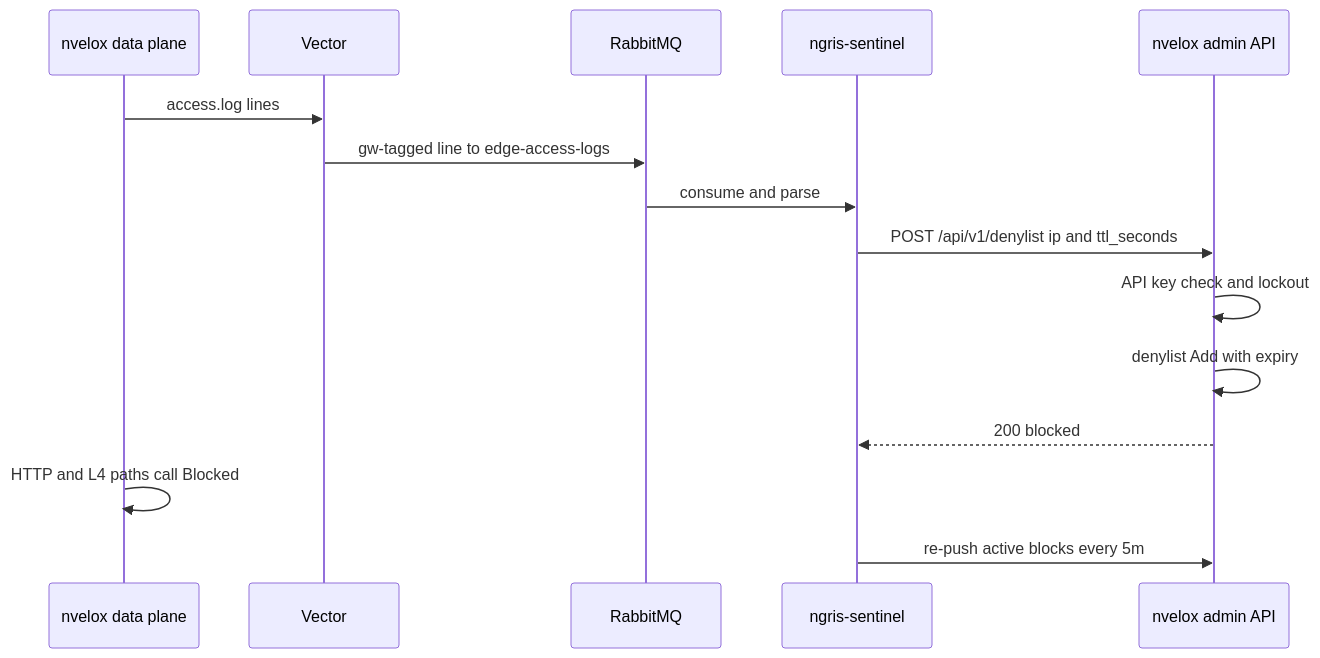
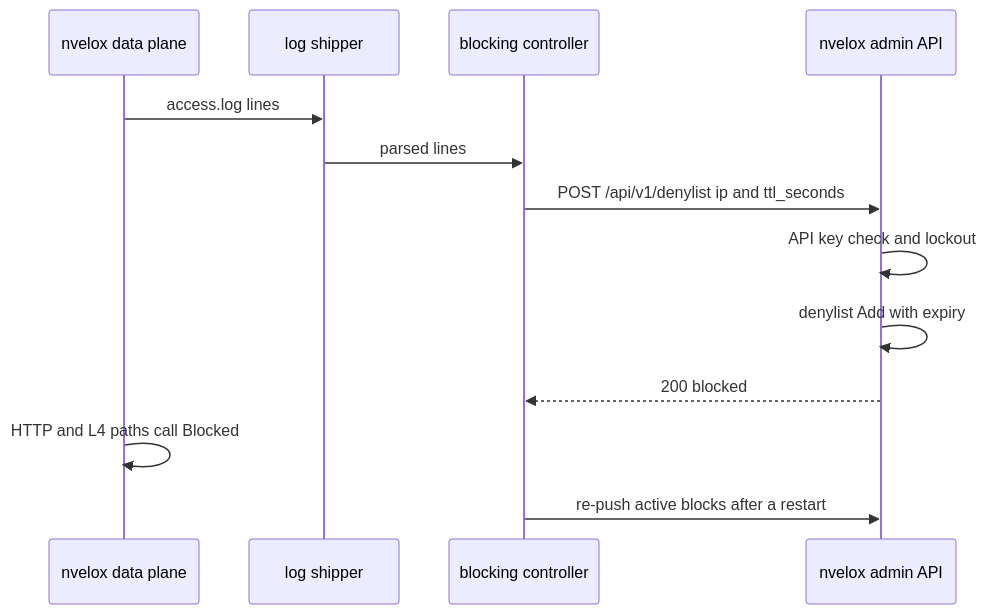
One commit to nvelox/nvelox changed the sixth of 6 diagrams in docs/ARCHITECTURE.md. Above: the diagram before and after it, drawn with Mermaid. The commit also changed other lines of this file and 20 other files, not shown here.

````diff
--- a/docs/ARCHITECTURE.md
+++ b/docs/ARCHITECTURE.md
@@ -249,17 +224,15 @@
 ```mermaid
 sequenceDiagram
   participant N as nvelox data plane
-  participant V as Vector
-  participant Q as RabbitMQ
-  participant S as ngris-sentinel
+  participant V as log shipper
+  participant S as blocking controller
   participant A as nvelox admin API
   N->>V: access.log lines
-  V->>Q: gw-tagged line to edge-access-logs
-  Q->>S: consume and parse
+  V->>S: parsed lines
   S->>A: POST /api/v1/denylist ip and ttl_seconds
   A->>A: API key check and lockout
   A->>A: denylist Add with expiry
   A-->>S: 200 blocked
   N->>N: HTTP and L4 paths call Blocked
-  S->>A: re-push active blocks every 5m
+  S->>A: re-push active blocks after a restart
 ```
````
